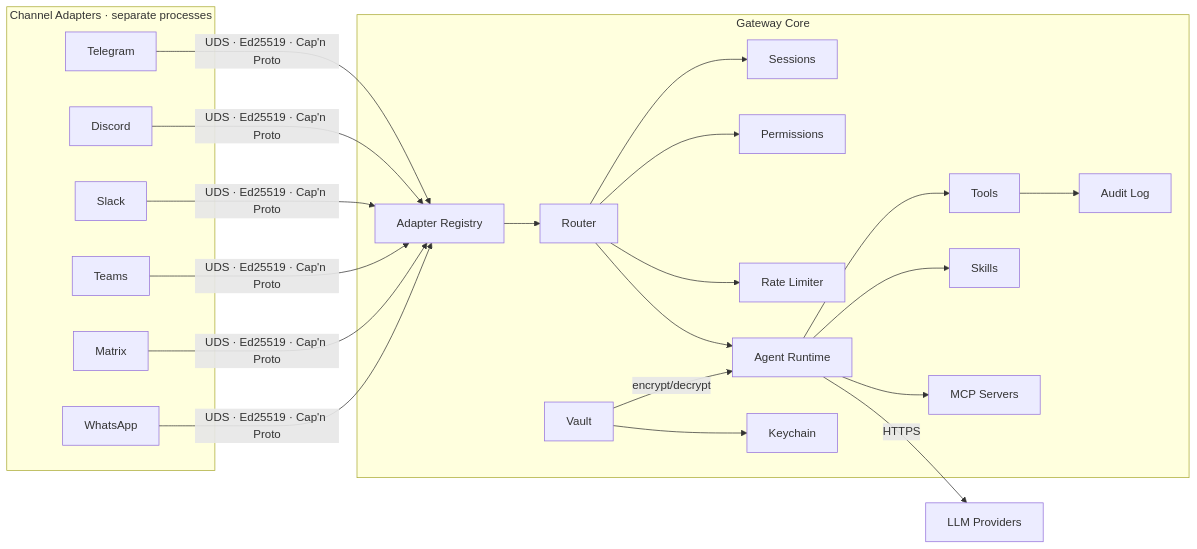
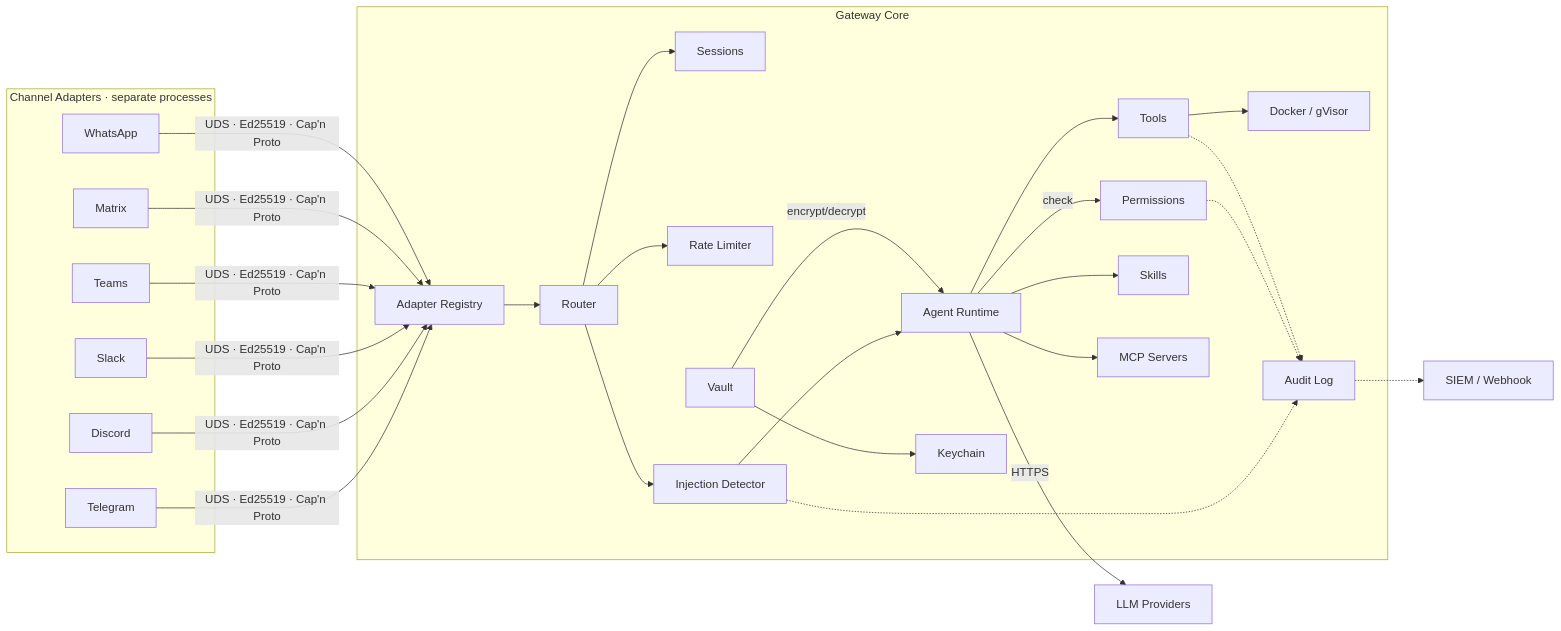
One commit to gebruder/wirken changed the diagram in README.md. Above: the diagram before and after it, drawn with Mermaid.

Commit message:
docs: update architecture diagram with injection detection, permission checks, sandbox, SIEM

````diff
--- a/README.md
+++ b/README.md
@@ -69,34 +69,39 @@
 ```mermaid
 graph LR
     subgraph Adapters["Channel Adapters · separate processes"]
         T[Telegram]
         D[Discord]
         S[Slack]
         TM[Teams]
         M[Matrix]
         W[WhatsApp]
     end
 
     subgraph Gateway["Gateway Core"]
         Registry[Adapter Registry] --> Router
         Router --> Sessions
-        Router --> Permissions
         Router --> RateLimit[Rate Limiter]
-        Router --> Agent[Agent Runtime]
+        Router --> Detect[Injection Detector]
+        Detect --> Agent[Agent Runtime]
+        Agent -- check --> Permissions
         Agent --> Tools
         Agent --> Skills
         Agent --> MCP[MCP Servers]
-        Tools --> Audit[Audit Log]
+        Tools --> Sandbox[Docker / gVisor]
+        Detect -.-> Audit[Audit Log]
+        Permissions -.-> Audit
+        Tools -.-> Audit
         Vault --> Keychain
     end
 
     T -- "UDS · Ed25519 · Cap'n Proto" --> Registry
     D -- "UDS · Ed25519 · Cap'n Proto" --> Registry
     S -- "UDS · Ed25519 · Cap'n Proto" --> Registry
     TM -- "UDS · Ed25519 · Cap'n Proto" --> Registry
     M -- "UDS · Ed25519 · Cap'n Proto" --> Registry
     W -- "UDS · Ed25519 · Cap'n Proto" --> Registry
 
     Agent -- HTTPS --> LLM[LLM Providers]
     Vault -- encrypt/decrypt --> Agent
+    Audit -.-> SIEM[SIEM / Webhook]
 ```
````
